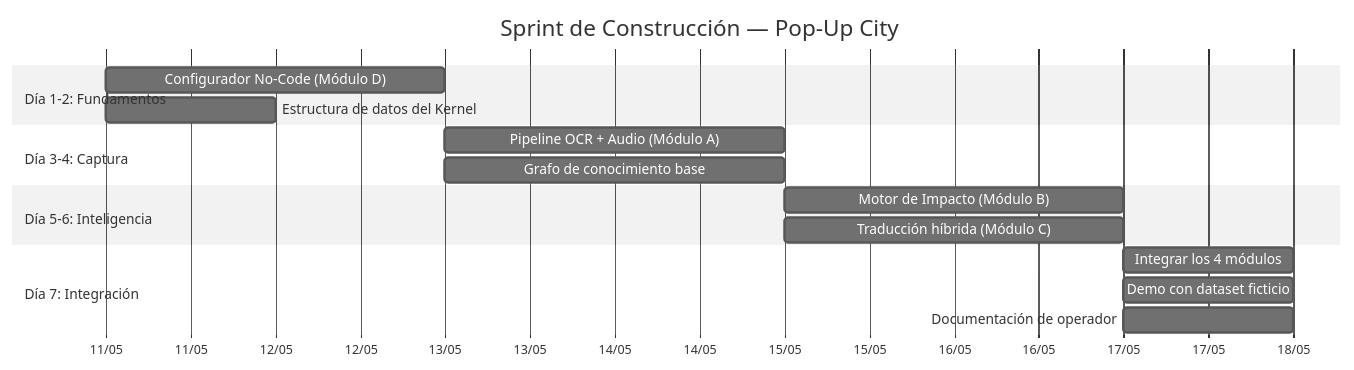
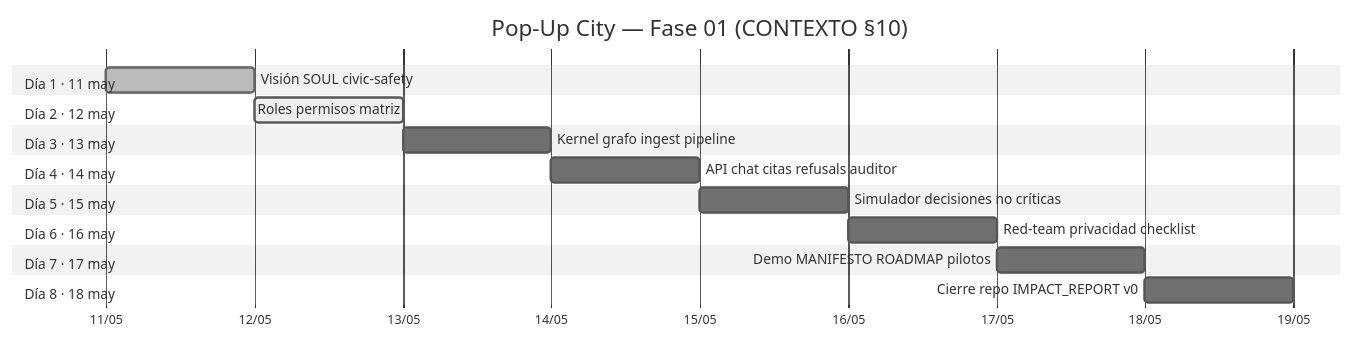
Before and after one commit to ariutokintumi/IAldea-org: the ninth of 10 diagrams in docs/planning/plan_producto_unificado.md, drawn with Mermaid (neutral theme). The commit also changed other lines of this file and 18 other files, not shown here.

````diff
--- a/docs/planning/plan_producto_unificado.md
+++ b/docs/planning/plan_producto_unificado.md
@@ -453,23 +491,30 @@
 ```mermaid
 gantt
-    title Sprint de Construcción — Pop-Up City
+    title Pop-Up City — Fase 01 (CONTEXTO §10)
     dateFormat YYYY-MM-DD
     axisFormat %d/%m
 
-    section Día 1-2: Fundamentos
-    Configurador No-Code (Módulo D)      :d1, 2026-05-11, 2d
-    Estructura de datos del Kernel       :d2, 2026-05-11, 1d
+    section Día 1 · 11 may
+    Visión SOUL civic-safety        :done, a1, 2026-05-11, 1d
 
-    section Día 3-4: Captura
-    Pipeline OCR + Audio (Módulo A)      :d3, 2026-05-13, 2d
-    Grafo de conocimiento base           :d4, 2026-05-13, 2d
+    section Día 2 · 12 may
+    Roles permisos matriz           :active, a2, 2026-05-12, 1d
 
-    section Día 5-6: Inteligencia
-    Motor de Impacto (Módulo B)          :d5, 2026-05-15, 2d
-    Traducción híbrida (Módulo C)        :d6, 2026-05-15, 2d
+    section Día 3 · 13 may
+    Kernel grafo ingest pipeline    :a3, 2026-05-13, 1d
 
-    section Día 7: Integración
-    Integrar los 4 módulos               :d7, 2026-05-17, 1d
-    Demo con dataset ficticio            :d8, 2026-05-17, 1d
-    Documentación de operador            :d9, 2026-05-17, 1d
+    section Día 4 · 14 may
+    API chat citas refusals auditor :a4, 2026-05-14, 1d
+
+    section Día 5 · 15 may
+    Simulador decisiones no críticas :a5, 2026-05-15, 1d
+
+    section Día 6 · 16 may
+    Red-team privacidad checklist   :a6, 2026-05-16, 1d
+
+    section Día 7 · 17 may
+    Demo MANIFESTO ROADMAP pilotos  :a7, 2026-05-17, 1d
+
+    section Día 8 · 18 may
+    Cierre repo IMPACT_REPORT v0    :a8, 2026-05-18, 1d
 ```
````
